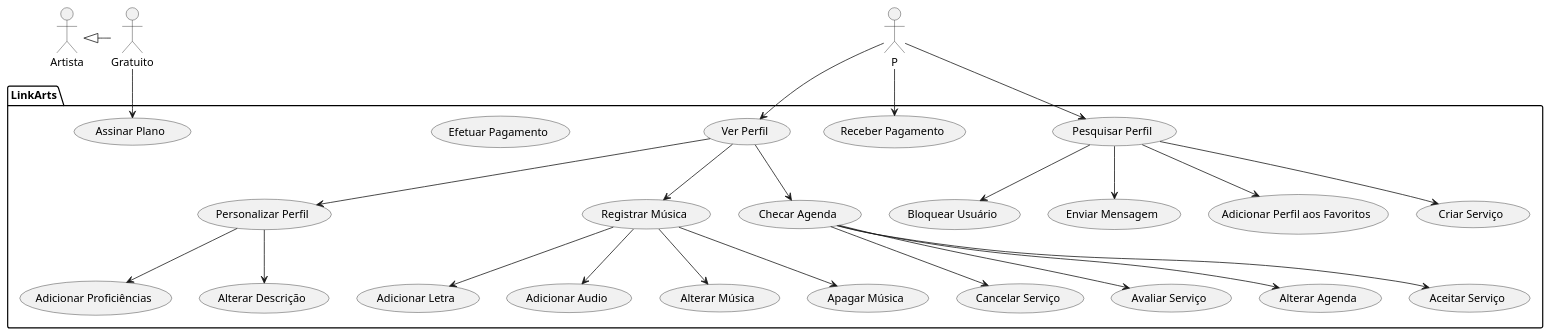
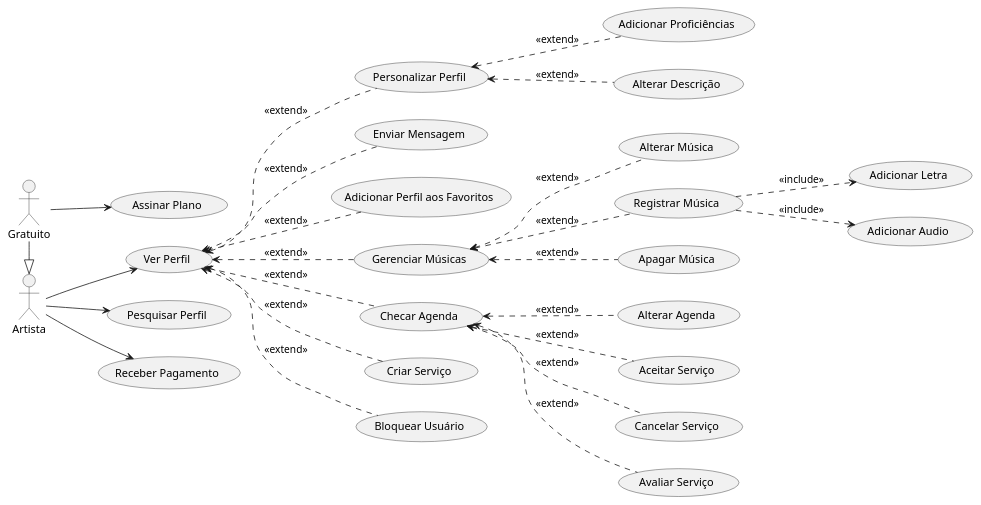
Before and after one commit to TheKrauser/Engenharia-Software-II: the diagram in Docs/Novos Casos de Uso/Artista.puml, drawn with PlantUML. The commit also changed 6 other files, not shown here.

First line of the commit message:
Diagramas de Caso de Uso

```diff
--- a/Docs/Novos Casos de Uso/Artista.puml
+++ b/Docs/Novos Casos de Uso/Artista.puml
@@ -1,67 +1,59 @@
 @startuml "Artista"
 'skinparam actorStyle awesome
 'skinparam linetype ortho
+left to right direction
 
 actor Gratuito as G
 actor Artista as A
 'actor Corporativo as C
 'actor Administrador as ADM
 
-package LinkArts{
-    usecase "Assinar Plano" as assinarPlano
-    usecase "Ver Perfil" as verPerfil
-    usecase "Personalizar Perfil" as personalizarPerfil
-    usecase "Enviar Mensagem" as enviarMensagem
-    usecase "Pesquisar Perfil" as pesquisarPerfil
-    usecase "Adicionar Perfil aos Favoritos" as adicionarFavoritos
-    usecase "Alterar Música" as alterarMusica
-    usecase "Registrar Música" as registrarMusica
-    usecase "Apagar Música" as apagarMusica
-    usecase "Adicionar Letra" as adicionarLetra
-    usecase "Adicionar Audio" as adicionarAudio
-    usecase "Adicionar Proficiências" as adicionarProf
-    usecase "Alterar Descrição" as alterarDescricao
-    usecase "Checar Agenda" as checarAgenda
-    usecase "Alterar Agenda" as alterarAgenda
-    usecase "Efetuar Pagamento" as efetuarPagamento
-    usecase "Receber Pagamento" as receberPagamento
-    usecase "Criar Serviço" as criarServico
-    usecase "Aceitar Serviço" as aceitarServico
-    usecase "Cancelar Serviço" as cancelarServico
-    usecase "Avaliar Serviço" as avaliarServico
-    usecase "Bloquear Usuário" as bloquearUsuario
-    'usecase "Cadastrar Estabelecimento" as cadastrarEstabelecimento
-    'usecase "Bloquear Conta" as bloquearConta
-    'usecase "Banir Conta" as banirConta
-    'usecase "Acessar Relatórios" as acessarRelatorio
-    'usecase "Gerar Relatório" as gerarRelatorio
-}
+usecase "Assinar Plano" as assinarPlano
+usecase "Ver Perfil" as verPerfil
+usecase "Personalizar Perfil" as personalizarPerfil
+usecase "Enviar Mensagem" as enviarMensagem
+usecase "Pesquisar Perfil" as pesquisarPerfil
+usecase "Adicionar Perfil aos Favoritos" as adicionarFavoritos
+usecase "Alterar Música" as alterarMusica
+usecase "Gerenciar Músicas" as gerenciarMusica
+usecase "Registrar Música" as registrarMusica
+usecase "Apagar Música" as apagarMusica
+usecase "Adicionar Letra" as adicionarLetra
+usecase "Adicionar Audio" as adicionarAudio
+usecase "Adicionar Proficiências" as adicionarProf
+usecase "Alterar Descrição" as alterarDescricao
+usecase "Checar Agenda" as checarAgenda
+usecase "Alterar Agenda" as alterarAgenda
+usecase "Receber Pagamento" as receberPagamento
+usecase "Criar Serviço" as criarServico
+usecase "Aceitar Serviço" as aceitarServico
+usecase "Cancelar Serviço" as cancelarServico
+usecase "Avaliar Serviço" as avaliarServico
+usecase "Bloquear Usuário" as bloquearUsuario
 
 G --> assinarPlano
-P --> verPerfil
-verPerfil --> personalizarPerfil
-personalizarPerfil --> alterarDescricao
-personalizarPerfil --> adicionarProf
-verPerfil --> registrarMusica
-verPerfil --> checarAgenda
-checarAgenda --> alterarAgenda
-checarAgenda --> aceitarServico
-checarAgenda --> cancelarServico
-checarAgenda --> avaliarServico
-registrarMusica --> alterarMusica
-registrarMusica --> apagarMusica
-registrarMusica --> adicionarLetra
-registrarMusica --> adicionarAudio
-P --> receberPagamento
-P --> pesquisarPerfil
-pesquisarPerfil --> adicionarFavoritos
-pesquisarPerfil --> enviarMensagem
-pesquisarPerfil --> criarServico
-pesquisarPerfil --> bloquearUsuario
+A --> verPerfil
+A --> receberPagamento
+A --> pesquisarPerfil
+verPerfil <.. gerenciarMusica : <<extend>>
+verPerfil <.. checarAgenda : <<extend>>
+verPerfil <.. personalizarPerfil : <<extend>>
+personalizarPerfil <.. alterarDescricao : <<extend>>
+personalizarPerfil <.. adicionarProf : <<extend>>
+checarAgenda <.. alterarAgenda : <<extend>>
+checarAgenda <.. aceitarServico : <<extend>>
+checarAgenda <.. cancelarServico : <<extend>>
+checarAgenda <.. avaliarServico : <<extend>>
+gerenciarMusica <.. registrarMusica : <<extend>>
+gerenciarMusica <.. alterarMusica : <<extend>>
+gerenciarMusica <.. apagarMusica : <<extend>>
+registrarMusica ..> adicionarLetra : <<include>>
+registrarMusica ..> adicionarAudio : <<include>>
+verPerfil <.. adicionarFavoritos : <<extend>>
+verPerfil <.. enviarMensagem : <<extend>>
+verPerfil <.. criarServico : <<extend>>
+verPerfil <.. bloquearUsuario : <<extend>>
 
-A <|-right- G
-
-'C --> cadastrarEstabelecimento
-'C --> efetuarPagamento
+A <|-left- G
 
 @enduml
```
